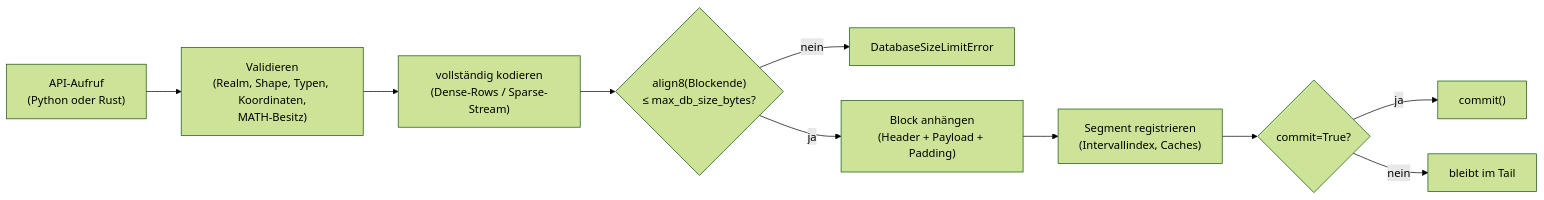
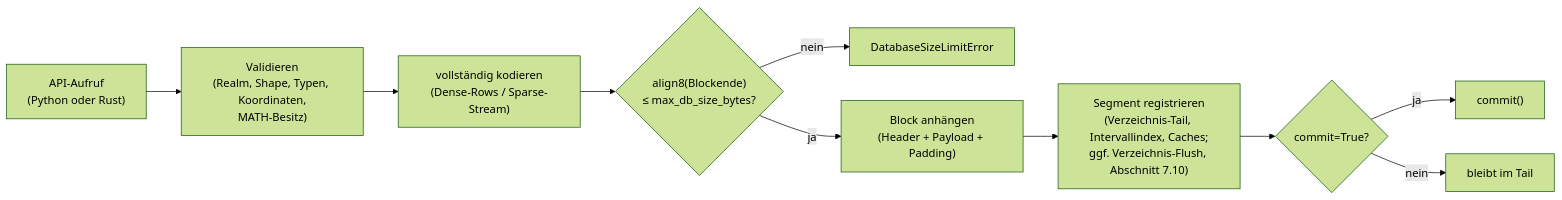
Before and after one commit to nhydb-run4/NHyDB: the fifth of 7 diagrams in docs/de/NHyDB_Technische_Dokumentation.md, drawn with Mermaid (forest theme). The commit also changed other lines of this file and 177 other files, not shown here.

````diff
--- a/docs/de/NHyDB_Technische_Dokumentation.md
+++ b/docs/de/NHyDB_Technische_Dokumentation.md
@@ -1301,12 +1557,12 @@
 ```mermaid
 flowchart LR
     IN["API-Aufruf<br/>(Python oder Rust)"] --> VAL["Validieren<br/>(Realm, Shape, Typen, Koordinaten,<br/>MATH-Besitz)"]
     VAL --> ENC["vollständig kodieren<br/>(Dense-Rows / Sparse-Stream)"]
     ENC --> LIM{"align8(Blockende)<br/>≤ max_db_size_bytes?"}
     LIM -- nein --> ERR["DatabaseSizeLimitError"]
     LIM -- ja --> APP["Block anhängen<br/>(Header + Payload + Padding)"]
-    APP --> REG["Segment registrieren<br/>(Intervallindex, Caches)"]
+    APP --> REG["Segment registrieren<br/>(Verzeichnis-Tail, Intervallindex, Caches;<br/>ggf. Verzeichnis-Flush, Abschnitt 7.10)"]
     REG --> C{"commit=True?"}
     C -- ja --> COMMIT["commit()"]
     C -- nein --> TAIL["bleibt im Tail"]
 ```
````
